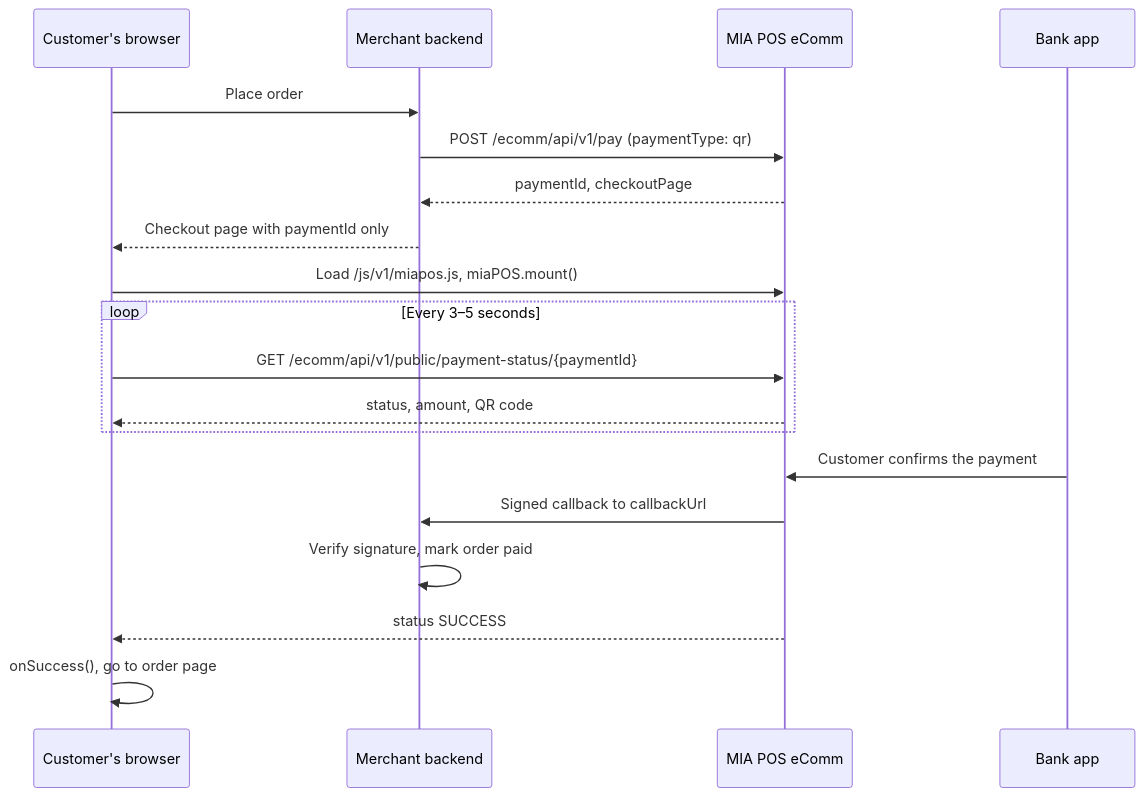
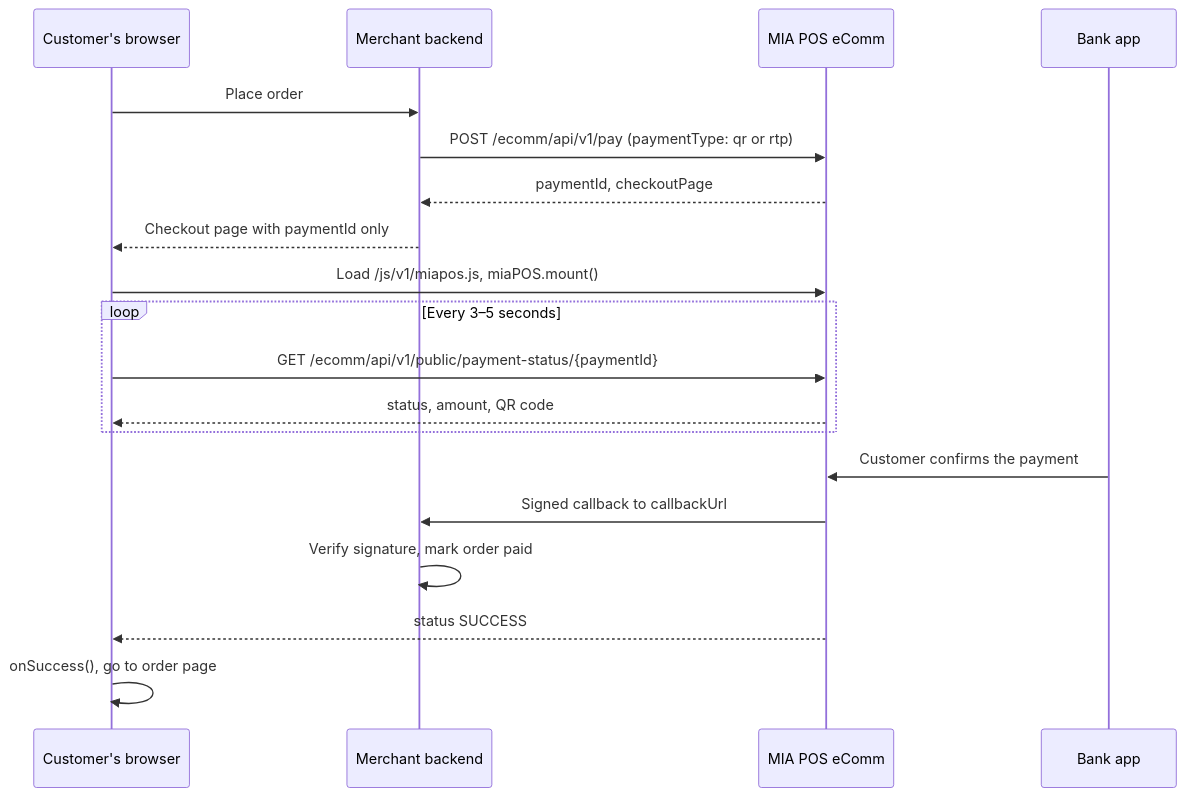
One commit to miapos/mia-pay-ecomm-integration changed the diagram in docs/en/embedded-checkout.md. Above: the diagram before and after it, drawn with Mermaid. The commit also changed other lines of this file and 2 other files, not shown here.

````diff
--- a/docs/en/embedded-checkout.md
+++ b/docs/en/embedded-checkout.md
@@ -33,22 +33,22 @@
 ```mermaid
 sequenceDiagram
     participant B as Customer's browser
     participant S as Merchant backend
     participant M as MIA POS eComm
     participant A as Bank app
 
     B->>S: Place order
-    S->>M: POST /ecomm/api/v1/pay (paymentType: qr)
+    S->>M: POST /ecomm/api/v1/pay (paymentType: qr or rtp)
     M-->>S: paymentId, checkoutPage
     S-->>B: Checkout page with paymentId only
     B->>M: Load /js/v1/miapos.js, miaPOS.mount()
     loop Every 3–5 seconds
         B->>M: GET /ecomm/api/v1/public/payment-status/{paymentId}
         M-->>B: status, amount, QR code
     end
     A->>M: Customer confirms the payment
     M->>S: Signed callback to callbackUrl
     S->>S: Verify signature, mark order paid
     M-->>B: status SUCCESS
     B->>B: onSuccess(), go to order page
 ```
````
